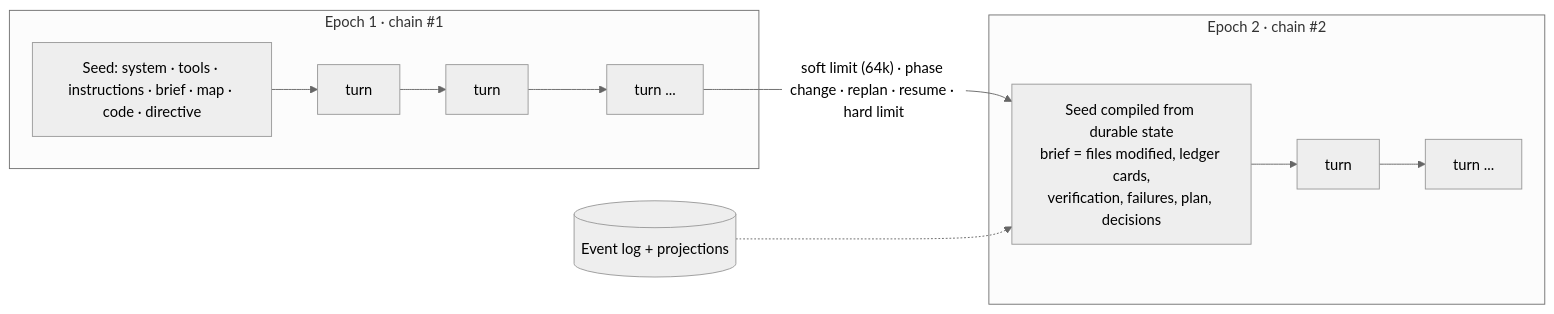
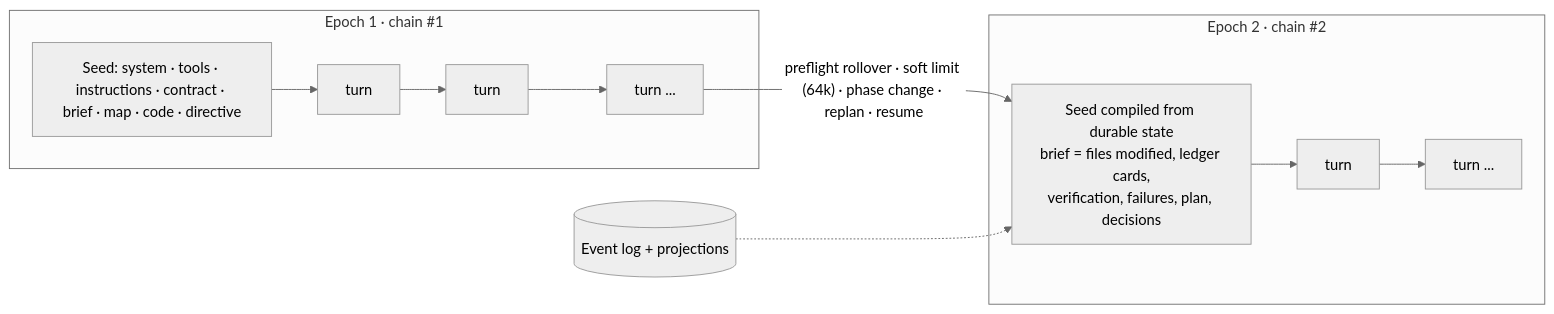
One commit to Kai-0501/kai-agent-2.0 changed the fourth of 5 diagrams in ARCHITECTURE.md. Above: the diagram before and after it, drawn with Mermaid (neutral theme). The commit also changed other lines of this file and 52 other files, not shown here.

First line of the commit message:
design: amend architecture for design review 1 (seven findings)

````diff
--- a/ARCHITECTURE.md
+++ b/ARCHITECTURE.md
@@ -231,11 +250,11 @@
 ```mermaid
 flowchart LR
   subgraph E1[Epoch 1 · chain #1]
-    s1[Seed: system · tools · instructions · brief · map · code · directive] --> t1[turn] --> t2[turn] --> t3[turn ...]
+    s1[Seed: system · tools · instructions · contract · brief · map · code · directive] --> t1[turn] --> t2[turn] --> t3[turn ...]
   end
   subgraph E2[Epoch 2 · chain #2]
     s2[Seed compiled from durable state<br/>brief = files modified, ledger cards,<br/>verification, failures, plan, decisions] --> u1[turn] --> u2[turn ...]
   end
-  t3 -- "soft limit (64k) · phase change · replan · resume · hard limit" --> s2
+  t3 -- "preflight rollover · soft limit (64k) · phase change · replan · resume" --> s2
   store[(Event log + projections)] -.-> s2
 ```
````
